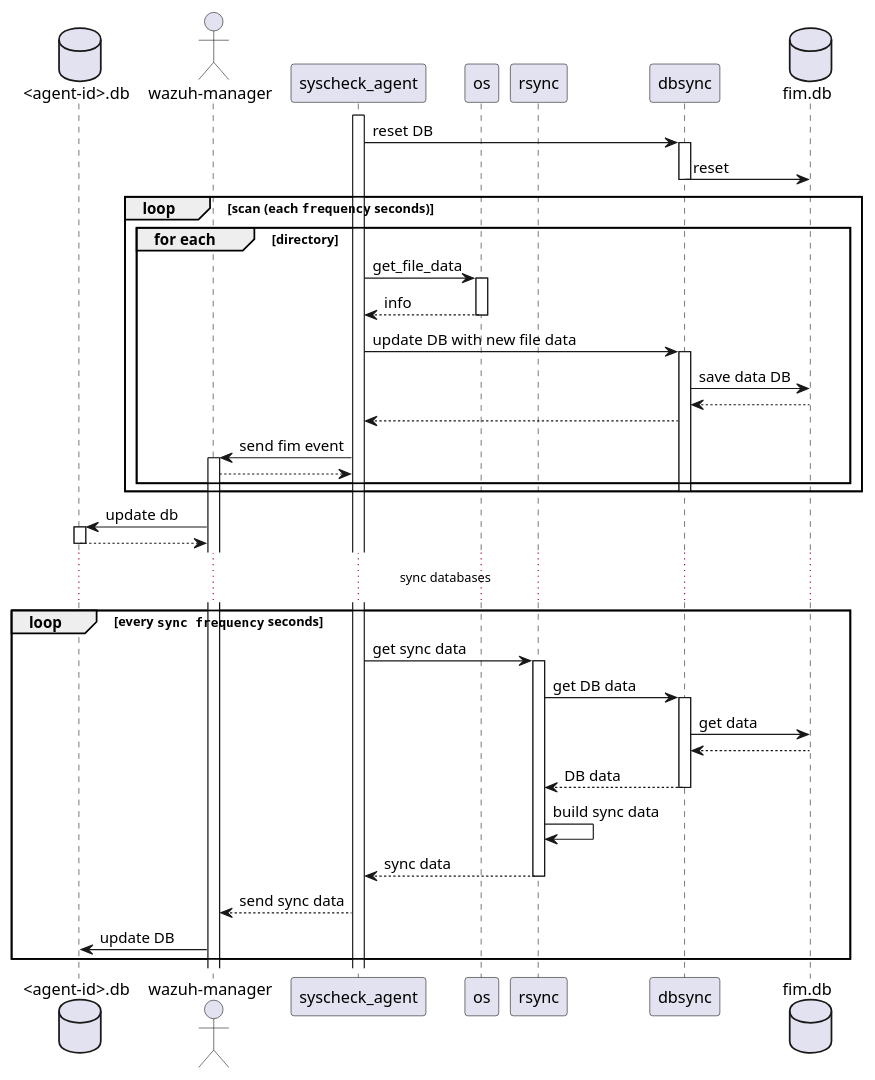
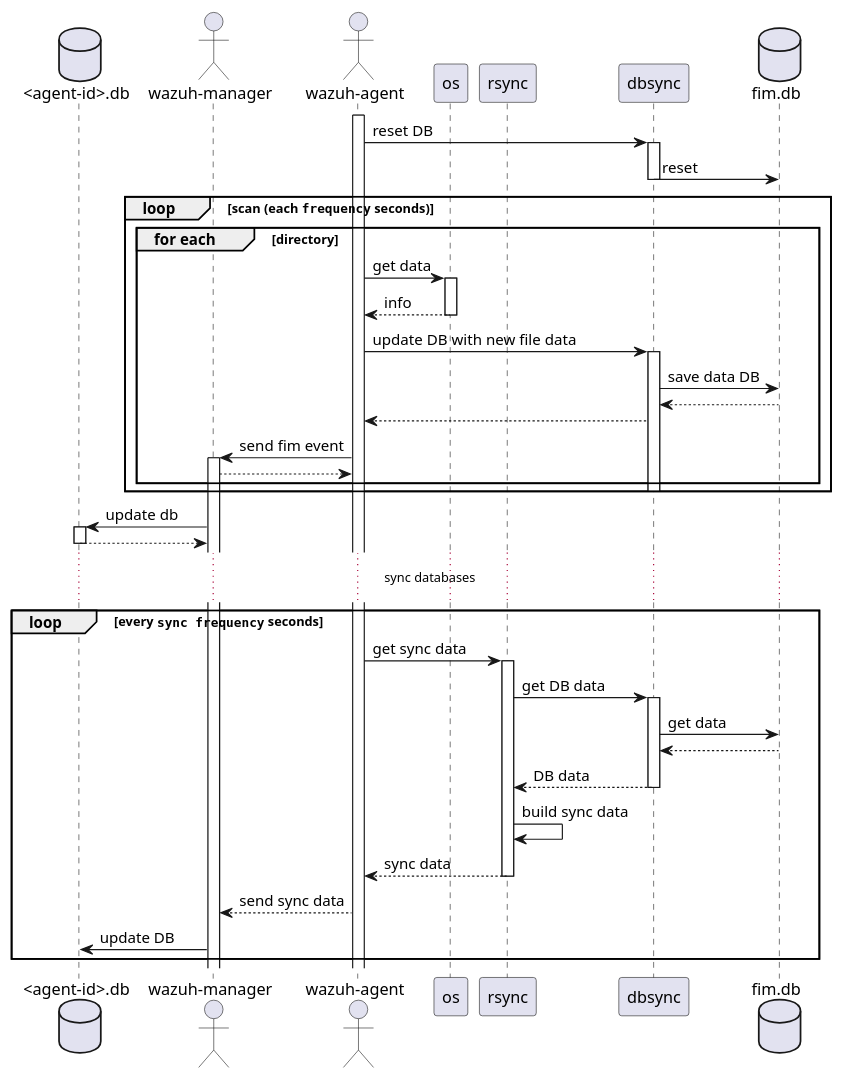
The diagram in architecture/FIM/db/sequence_diagram.puml (wazuh/wazuh-agent), drawn with PlantUML before and after one commit. The commit also changed 4 other files, not shown here.

Commit message:
Update design graphs

```diff
--- a/architecture/FIM/db/sequence_diagram.puml
+++ b/architecture/FIM/db/sequence_diagram.puml
@@ -5,48 +5,48 @@
 @startuml sequence_diagram_db_fim
 database "<agent-id>.db" as agent.db
 actor "wazuh-manager" as manager
-participant syscheck_agent as fim
+actor "wazuh-agent" as fim
 participant os as os
 participant rsync
 participant dbsync
 database fim.db as fdb
 
 activate fim
 
 fim -> dbsync ++: reset DB
 dbsync -> fdb -- : reset
 
 
 loop scan (each ""frequency"" seconds)
     group for each [directory]
-        fim -> os ++: get_file_data
+        fim -> os ++: get data
         fim <-- os --: info
         fim -> dbsync++ : update DB with new file data
         dbsync -> fdb : save data DB
         dbsync <-- fdb
         fim <-- dbsync
         manager <- fim ++: send fim event
         manager --> fim
      end group
         dbsync--
 end loop
         agent.db <- manager++: update db
         agent.db --> manager --
 
 ... sync databases ...
 
 loop every ""sync frequency"" seconds
 
 
 
     fim -> rsync++ : get sync data
     rsync -> dbsync++ : get DB data
     dbsync -> fdb : get data
     dbsync <-- fdb
     rsync <-- dbsync-- : DB data
     rsync -> rsync : build sync data
     rsync --> fim --: sync data
     fim --> manager : send sync data
     manager -> agent.db: update DB
 end loop
 @enduml
```
